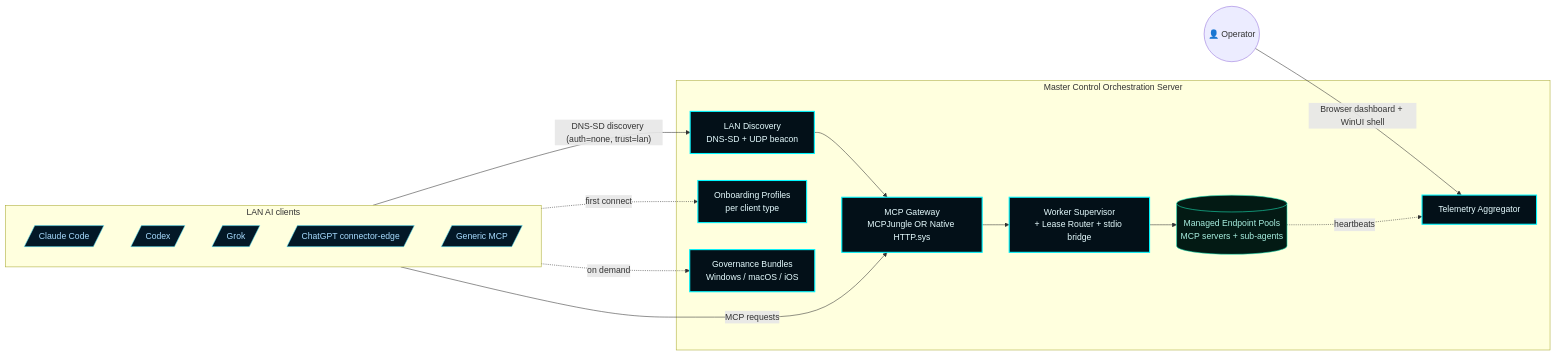
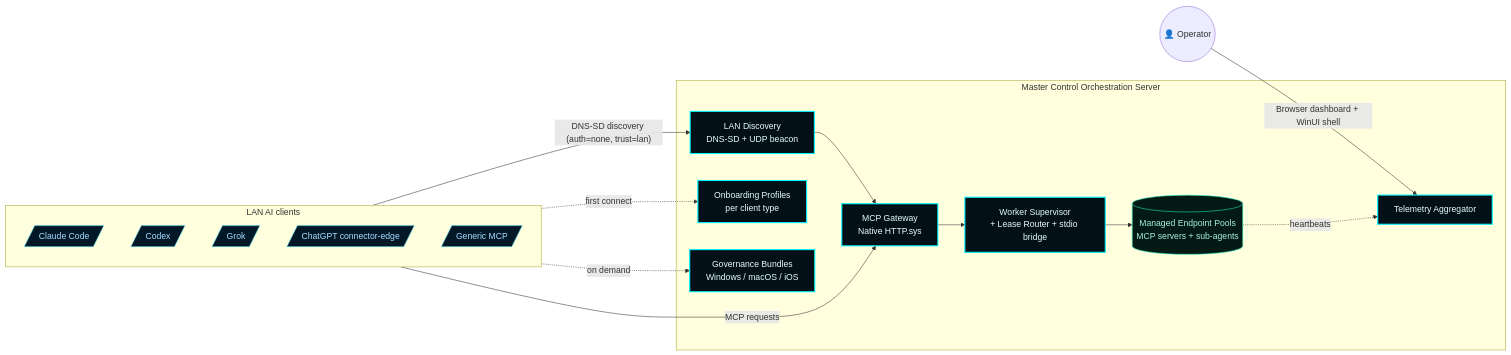
Before and after one commit to flynn33/Master-Control-Orchestration-Server: the diagram in README.md, drawn with Mermaid. The commit also changed other lines of this file and 7 other files, not shown here.

````diff
--- a/README.md
+++ b/README.md
@@ -17,37 +17,37 @@
 ```mermaid
 flowchart LR
     classDef accent fill:#031018,stroke:#00F6FF,color:#E6FCFF,stroke-width:2px;
     classDef faint fill:#0a1018,stroke:#5A00E8,color:#8CB7C4;
     classDef client fill:#031827,stroke:#5AE8FF,color:#A8DCFF;
     classDef good fill:#031a14,stroke:#1cf2c1,color:#a8efe0;
 
     Operator((👤 Operator))
 
     subgraph LANClients[LAN AI clients]
         ClaudeCode[/Claude Code/]:::client
         Codex[/Codex/]:::client
         Grok[/Grok/]:::client
         ChatGPT[/ChatGPT connector-edge/]:::client
         Generic[/Generic MCP/]:::client
     end
 
     subgraph MCOS[Master Control Orchestration Server]
         Discovery[LAN Discovery<br/>DNS-SD + UDP beacon]:::accent
-        Gateway[MCP Gateway<br/>MCPJungle OR Native HTTP.sys]:::accent
+        Gateway[MCP Gateway<br/>Native HTTP.sys]:::accent
         Onboarding[Onboarding Profiles<br/>per client type]:::accent
         Governance[Governance Bundles<br/>Windows / macOS / iOS]:::accent
         Supervisor[Worker Supervisor<br/>+ Lease Router + stdio bridge]:::accent
         Telemetry[Telemetry Aggregator]:::accent
         Pools[(Managed Endpoint Pools<br/>MCP servers + sub-agents)]:::good
     end
 
     Operator -->|Browser dashboard + WinUI shell| Telemetry
     LANClients -->|"DNS-SD discovery (auth=none, trust=lan)"| Discovery
     Discovery --> Gateway
     LANClients -->|MCP requests| Gateway
     Gateway --> Supervisor
     Supervisor --> Pools
     Pools -.->|heartbeats| Telemetry
     LANClients -.->|first connect| Onboarding
     LANClients -.->|on demand| Governance
 ```
````
